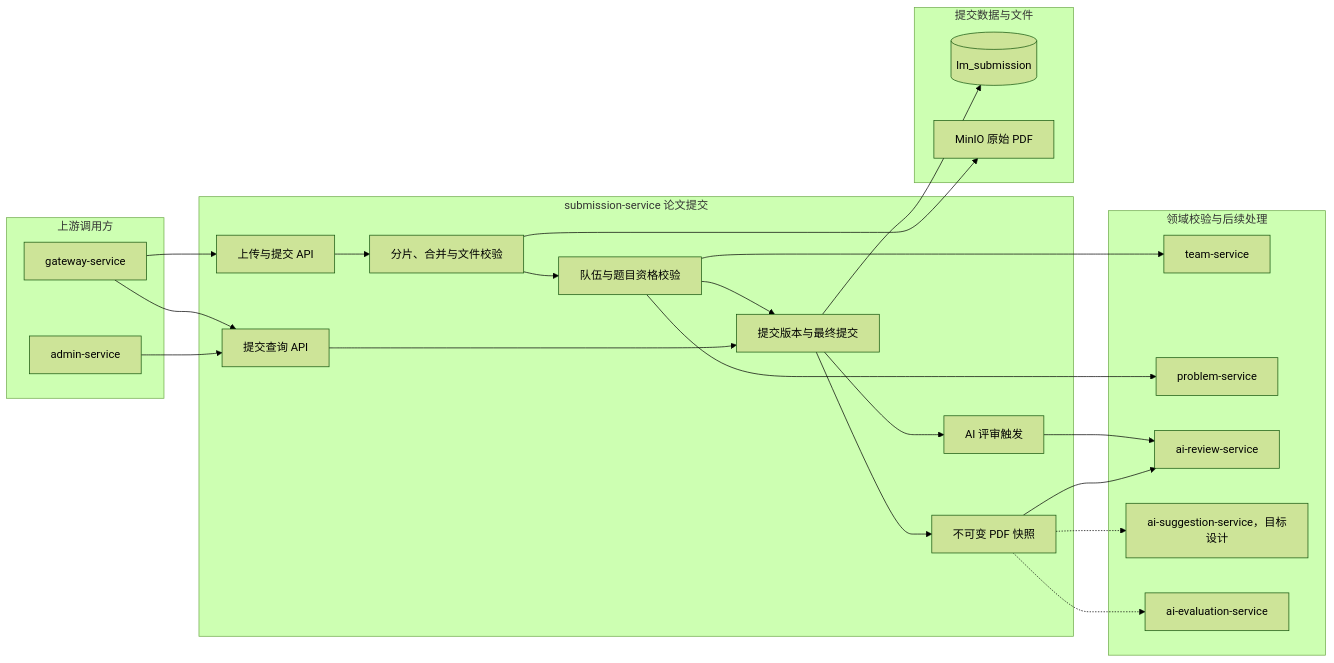
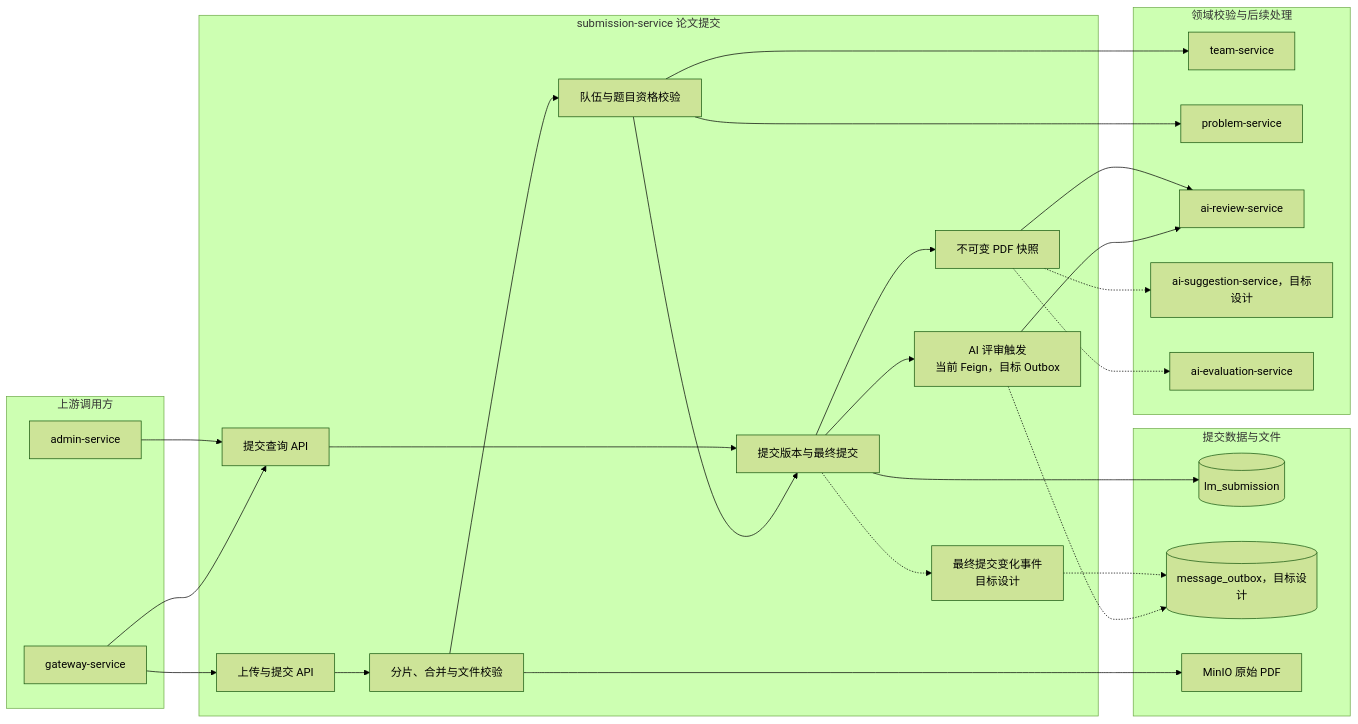
One commit to Dorian7Alden/LeetModel changed the diagram in docs/project/03-微服务设计/submission-service/README.md. Above: the diagram before and after it, drawn with Mermaid (forest theme). The commit also changed other lines of this file and 11 other files, not shown here.

````diff
--- a/docs/project/03-微服务设计/submission-service/README.md
+++ b/docs/project/03-微服务设计/submission-service/README.md
@@ -9,49 +9,54 @@
 ```mermaid
 flowchart LR
     subgraph callers["上游调用方"]
         apiGateway["gateway-service"]
         adminService["admin-service"]
     end
 
     subgraph submission["submission-service 论文提交"]
         submitApi["上传与提交 API"]
         queryApi["提交查询 API"]
         uploadTask["分片、合并与文件校验"]
         eligibility["队伍与题目资格校验"]
         versionRecord["提交版本与最终提交"]
         snapshotApi["不可变 PDF 快照"]
-        reviewTrigger["AI 评审触发"]
+        reviewTrigger["AI 评审触发<br/>当前 Feign，目标 Outbox"]
+        finalEvent["最终提交变化事件<br/>目标设计"]
 
         submitApi --> uploadTask
         uploadTask --> eligibility
         eligibility --> versionRecord
         versionRecord --> snapshotApi
         versionRecord --> reviewTrigger
+        versionRecord -.-> finalEvent
         queryApi --> versionRecord
     end
 
     subgraph dependencies["领域校验与后续处理"]
         teamService["team-service"]
         problemService["problem-service"]
         reviewService["ai-review-service"]
         suggestionService["ai-suggestion-service，目标设计"]
         evaluationService["ai-evaluation-service"]
     end
 
     subgraph data["提交数据与文件"]
         submissionDatabase[(lm_submission)]
+        messageOutbox[(message_outbox，目标设计)]
         minio["MinIO 原始 PDF"]
     end
 
     apiGateway --> submitApi
     apiGateway --> queryApi
     adminService --> queryApi
     eligibility --> teamService
     eligibility --> problemService
     uploadTask --> minio
     versionRecord --> submissionDatabase
     reviewTrigger --> reviewService
+    reviewTrigger -.-> messageOutbox
+    finalEvent -.-> messageOutbox
     snapshotApi --> reviewService
     snapshotApi -.-> suggestionService
     snapshotApi -.-> evaluationService
 ```
````
